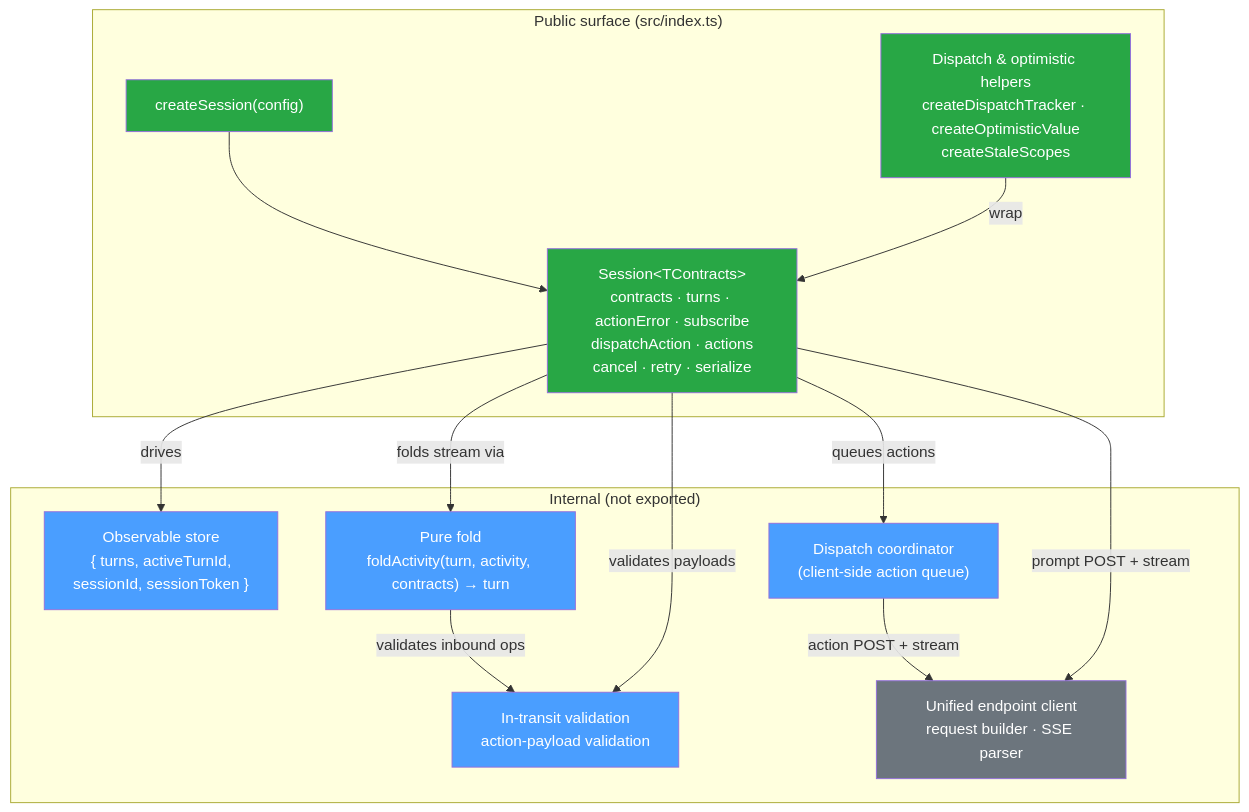
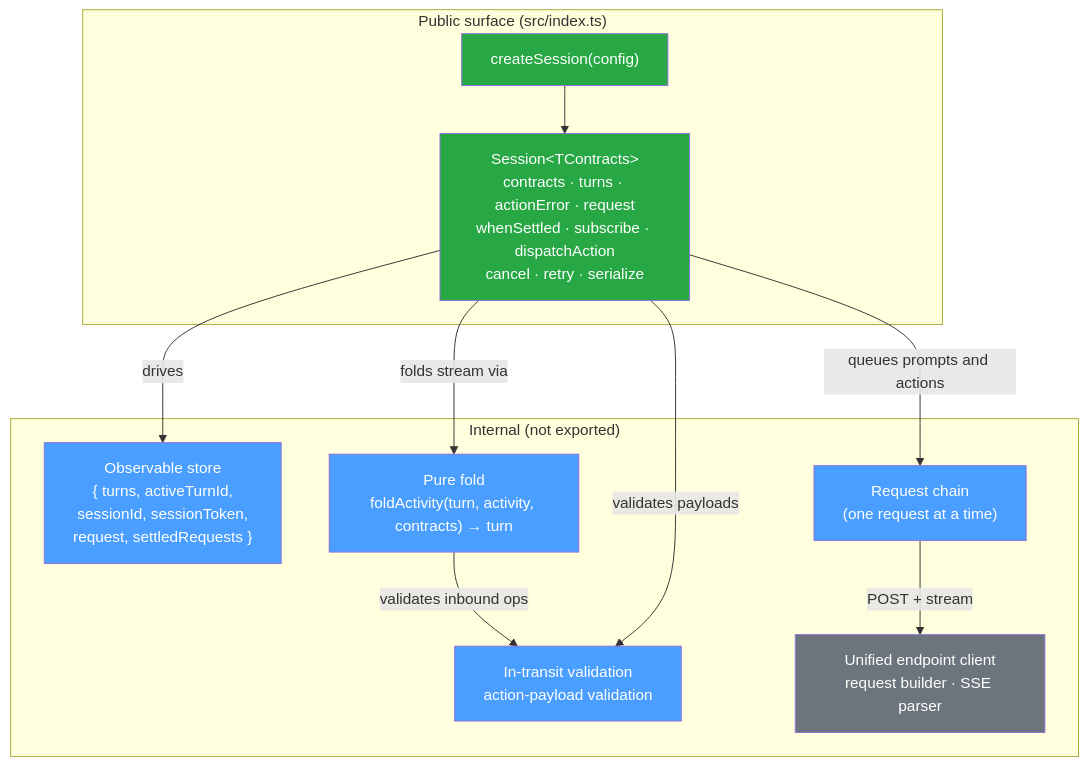
The first of 2 diagrams in packages/thermidor/docs/architecture.md (coveo/ui-kit), drawn with Mermaid before and after one commit. The commit also changed other lines of this file and 18 other files, not shown here.

First line of the commit message:
feat(thermidor): send one request at a time and expose the request in flight j:KIT-6415

````diff
--- a/packages/thermidor/docs/architecture.md
+++ b/packages/thermidor/docs/architecture.md
@@ -17,35 +17,31 @@
 ```mermaid
 graph TB
     subgraph "Public surface (src/index.ts)"
         CS["createSession(config)"]
-        SESSION["Session&lt;TContracts&gt;<br/>contracts · turns · actionError · subscribe<br/>dispatchAction · actions<br/>cancel · retry · serialize"]
-        HELPERS["Dispatch &amp; optimistic helpers<br/>createDispatchTracker · createOptimisticValue<br/>createStaleScopes"]
+        SESSION["Session&lt;TContracts&gt;<br/>contracts · turns · actionError · request<br/>whenSettled · subscribe · dispatchAction<br/>cancel · retry · serialize"]
     end
 
     subgraph "Internal (not exported)"
-        STORE["Observable store<br/>{ turns, activeTurnId,<br/>sessionId, sessionToken }"]
+        STORE["Observable store<br/>{ turns, activeTurnId,<br/>sessionId, sessionToken,<br/>request, settledRequests }"]
         FOLD["Pure fold<br/>foldActivity(turn, activity, contracts) → turn"]
         VALID["In-transit validation<br/>action-payload validation"]
-        QUEUE["Dispatch coordinator<br/>(client-side action queue)"]
+        QUEUE["Request chain<br/>(one request at a time)"]
         API["Unified endpoint client<br/>request builder · SSE parser"]
     end
 
     CS --> SESSION
     SESSION -->|drives| STORE
     SESSION -->|folds stream via| FOLD
     FOLD -->|validates inbound ops| VALID
     SESSION -->|validates payloads| VALID
-    SESSION -->|queues actions| QUEUE
-    QUEUE -->|action POST + stream| API
-    SESSION -->|prompt POST + stream| API
-    HELPERS -->|wrap| SESSION
+    SESSION -->|queues prompts and actions| QUEUE
+    QUEUE -->|POST + stream| API
 
     style CS fill:#28a745,color:#fff
     style SESSION fill:#28a745,color:#fff
-    style HELPERS fill:#28a745,color:#fff
     style STORE fill:#4a9eff,color:#fff
     style FOLD fill:#4a9eff,color:#fff
     style VALID fill:#4a9eff,color:#fff
     style QUEUE fill:#4a9eff,color:#fff
     style API fill:#6c757d,color:#fff
 ```
````
